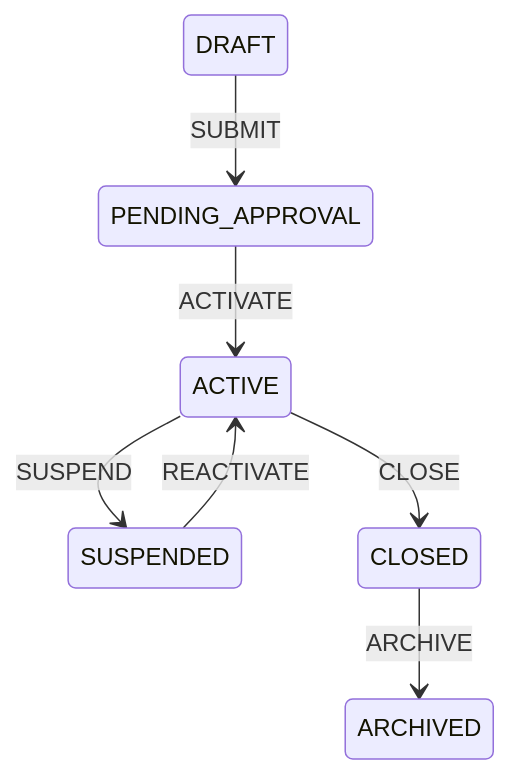
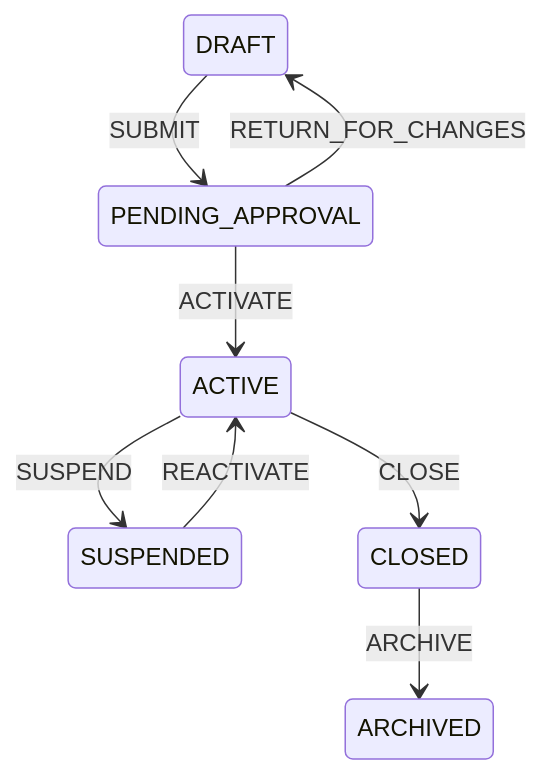
One commit to kevogaba/finaxis-platform changed the second of 4 diagrams in docs/architecture/lifecycle-fsm.md. Above: the diagram before and after it, drawn with Mermaid. The commit also changed other lines of this file and 16 other files, not shown here.

````diff
--- a/docs/architecture/lifecycle-fsm.md
+++ b/docs/architecture/lifecycle-fsm.md
@@ -23,9 +23,10 @@
 ```mermaid
 stateDiagram-v2
     DRAFT --> PENDING_APPROVAL: SUBMIT
     PENDING_APPROVAL --> ACTIVE: ACTIVATE
+    PENDING_APPROVAL --> DRAFT: RETURN_FOR_CHANGES
     ACTIVE --> SUSPENDED: SUSPEND
     SUSPENDED --> ACTIVE: REACTIVATE
     ACTIVE --> CLOSED: CLOSE
     CLOSED --> ARCHIVED: ARCHIVE
 ```
````
